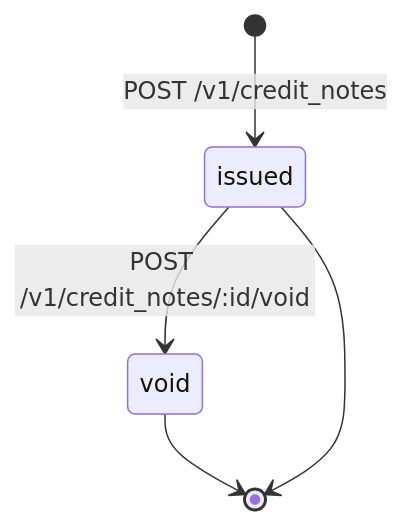
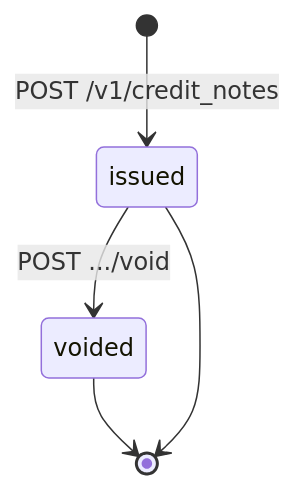
Before and after one commit to ngtranthanhtoan/stripe-documentation: the first of 2 diagrams in 06-billing/credit-notes.md, drawn with Mermaid. The commit also changed 4 other files, not shown here.

````diff
--- a/06-billing/credit-notes.md
+++ b/06-billing/credit-notes.md
@@ -21,7 +21,7 @@
 ```mermaid
 stateDiagram-v2
     [*] --> issued: POST /v1/credit_notes
-    issued --> void: POST /v1/credit_notes/:id/void
-    void --> [*]
+    issued --> voided: POST .../void
+    voided --> [*]
     issued --> [*]
 ```
````
